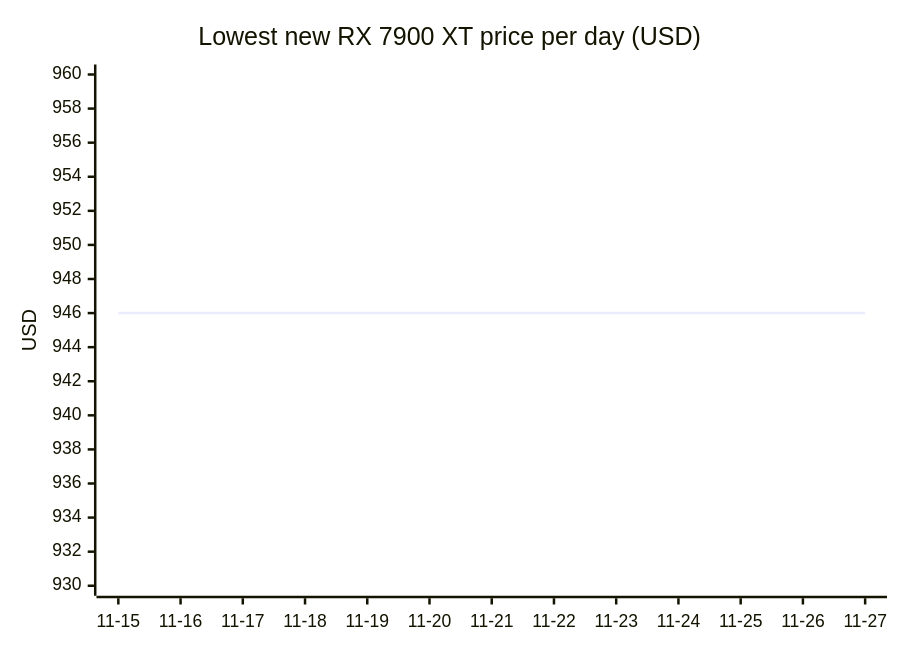
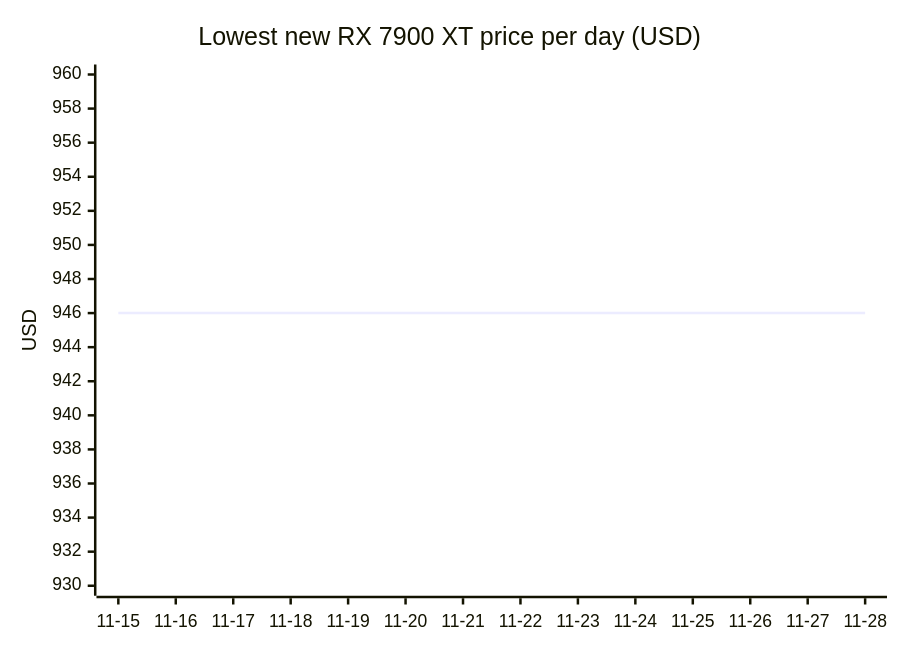
Before and after one commit to 7324136828/4tb_ssd_price_watch: diagram 14 of 18 in README.md, drawn with Mermaid. The commit also changed other lines of this file, not shown here.

````diff
--- a/README.md
+++ b/README.md
@@ -1360,7 +1397,7 @@
 ```mermaid
 xychart-beta
     title "Lowest new RX 7900 XT price per day (USD)"
-    x-axis ["11-15", "11-16", "11-17", "11-18", "11-19", "11-20", "11-21", "11-22", "11-23", "11-24", "11-25", "11-26", "11-27"]
+    x-axis ["11-15", "11-16", "11-17", "11-18", "11-19", "11-20", "11-21", "11-22", "11-23", "11-24", "11-25", "11-26", "11-27", "11-28"]
     y-axis "USD" 930 --> 960
-    line [946.00, 946.00, 946.00, 946.00, 946.00, 946.00, 946.00, 946.00, 946.00, 946.00, 946.00, 946.00, 946.00]
+    line [946.00, 946.00, 946.00, 946.00, 946.00, 946.00, 946.00, 946.00, 946.00, 946.00, 946.00, 946.00, 946.00, 946.00]
 ```
````
